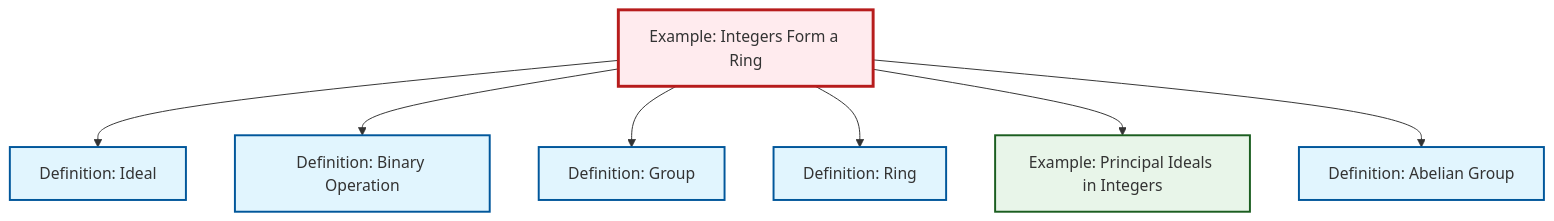
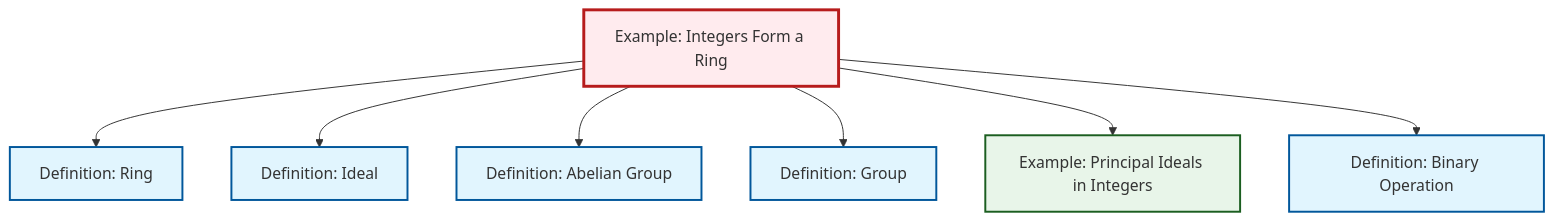
The diagram in content/ja/algebra/ex-integers-ring.qmd (RK0429/ModernMath), drawn with Mermaid before and after one commit. The commit also changed other lines of this file and 581 other files, not shown here.

````diff
--- a/content/ja/algebra/ex-integers-ring.qmd
+++ b/content/ja/algebra/ex-integers-ring.qmd
@@ -65,29 +65,29 @@
 ```{mermaid}
 %%| fig-cap: "Local dependency graph"
 graph TD
     classDef definition fill:#e1f5fe,stroke:#01579b,stroke-width:2px
     classDef theorem fill:#f3e5f5,stroke:#4a148c,stroke-width:2px
     classDef axiom fill:#fff3e0,stroke:#e65100,stroke-width:2px
     classDef example fill:#e8f5e9,stroke:#1b5e20,stroke-width:2px
     classDef current fill:#ffebee,stroke:#b71c1c,stroke-width:3px
+    def-binary-operation["Definition: Binary Operation"]:::definition
     def-ring["Definition: Ring"]:::definition
-    ex-principal-ideal["Example: Principal Ideals in Integers"]:::example
     def-ideal["Definition: Ideal"]:::definition
     def-abelian-group["Definition: Abelian Group"]:::definition
+    ex-principal-ideal["Example: Principal Ideals in Integers"]:::example
     def-group["Definition: Group"]:::definition
     ex-integers-ring["Example: Integers Form a Ring"]:::example
-    def-binary-operation["Definition: Binary Operation"]:::definition
+    ex-integers-ring --> def-ring
     ex-integers-ring --> def-ideal
+    ex-integers-ring --> def-abelian-group
+    ex-integers-ring --> def-group
+    ex-integers-ring --> ex-principal-ideal
     ex-integers-ring --> def-binary-operation
-    ex-integers-ring --> def-group
-    ex-integers-ring --> def-ring
-    ex-integers-ring --> ex-principal-ideal
-    ex-integers-ring --> def-abelian-group
     class ex-integers-ring current
+    click def-binary-operation "def-binary-operation.html" "Definition: Binary Operationへ"
     click def-ring "def-ring.html" "Definition: Ringへ"
-    click ex-principal-ideal "ex-principal-ideal.html" "Example: Principal Ideals in Integersへ"
     click def-ideal "def-ideal.html" "Definition: Idealへ"
     click def-abelian-group "def-abelian-group.html" "Definition: Abelian Groupへ"
+    click ex-principal-ideal "ex-principal-ideal.html" "Example: Principal Ideals in Integersへ"
     click def-group "def-group.html" "Definition: Groupへ"
-    click def-binary-operation "def-binary-operation.html" "Definition: Binary Operationへ"
 ```
````
